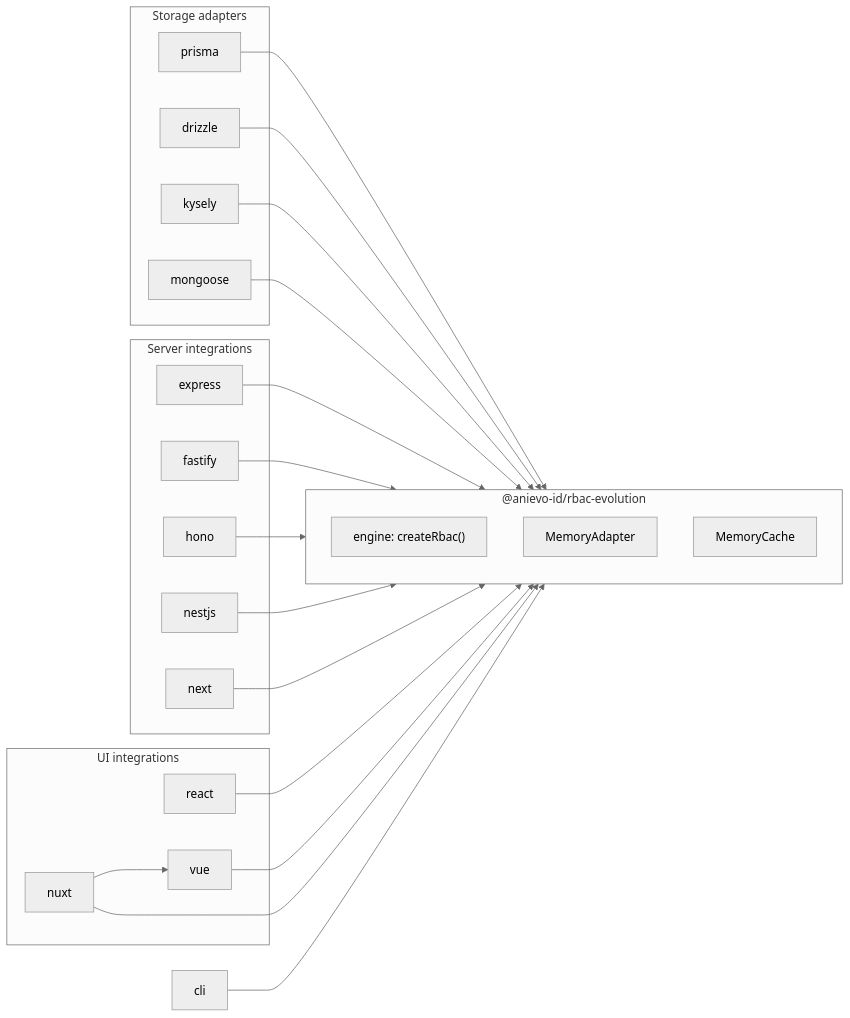
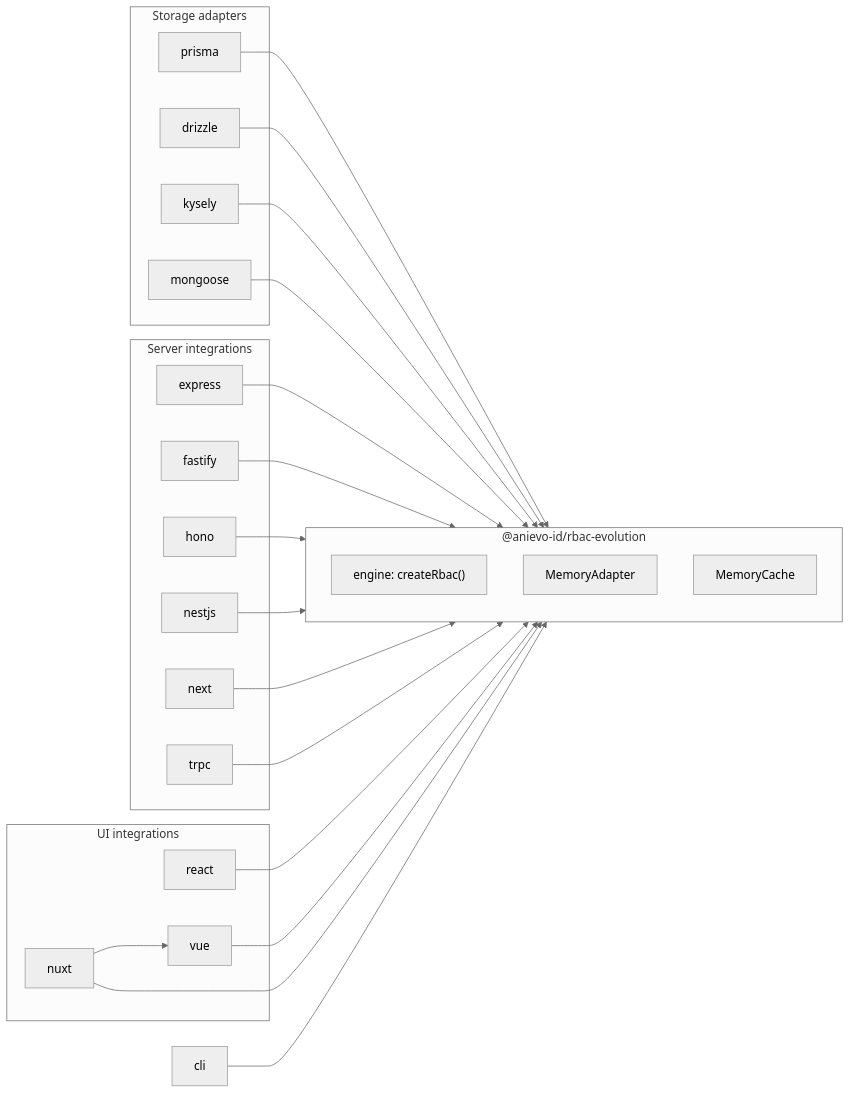
Before and after one commit to AniEvo-ID/rbac-evolution: the first of 8 diagrams in docs/guide/how-it-works.md, drawn with Mermaid (neutral theme). The commit also changed other lines of this file and 28 other files, not shown here.

````diff
--- a/docs/guide/how-it-works.md
+++ b/docs/guide/how-it-works.md
@@ -17,46 +17,48 @@
 ```mermaid
 flowchart LR
   subgraph adapters["Storage adapters"]
     prisma["prisma"]
     drizzle["drizzle"]
     kysely["kysely"]
     mongoose["mongoose"]
   end
 
   subgraph core["@anievo-id/rbac-evolution"]
     engine["engine: createRbac()"]
     memory["MemoryAdapter"]
     cache["MemoryCache"]
   end
 
   subgraph server["Server integrations"]
     express["express"]
     fastify["fastify"]
     hono["hono"]
     nestjs["nestjs"]
     next["next"]
+    trpc["trpc"]
   end
 
   subgraph ui["UI integrations"]
     react["react"]
     vue["vue"]
     nuxt["nuxt"]
   end
 
   cli["cli"]
 
   prisma --> core
   drizzle --> core
   kysely --> core
   mongoose --> core
   express --> core
   fastify --> core
   hono --> core
   nestjs --> core
   next --> core
+  trpc --> core
   react --> core
   vue --> core
   nuxt --> core
   nuxt --> vue
   cli --> core
 ```
````
